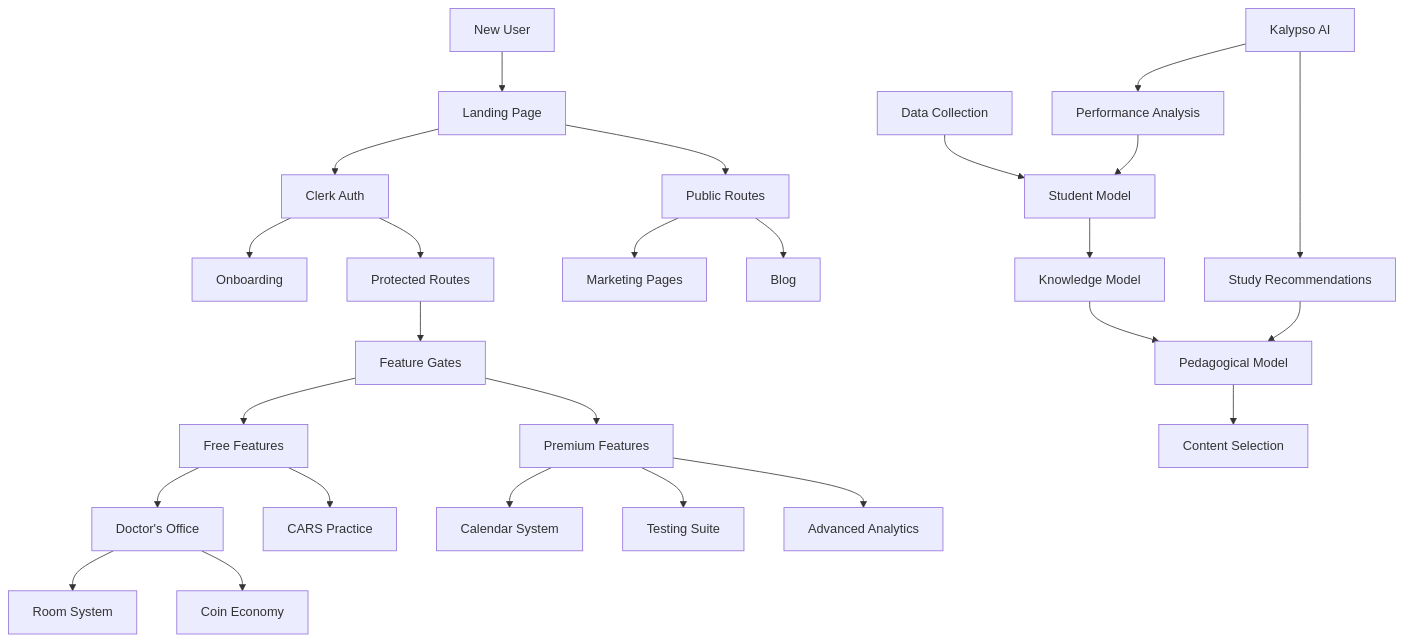
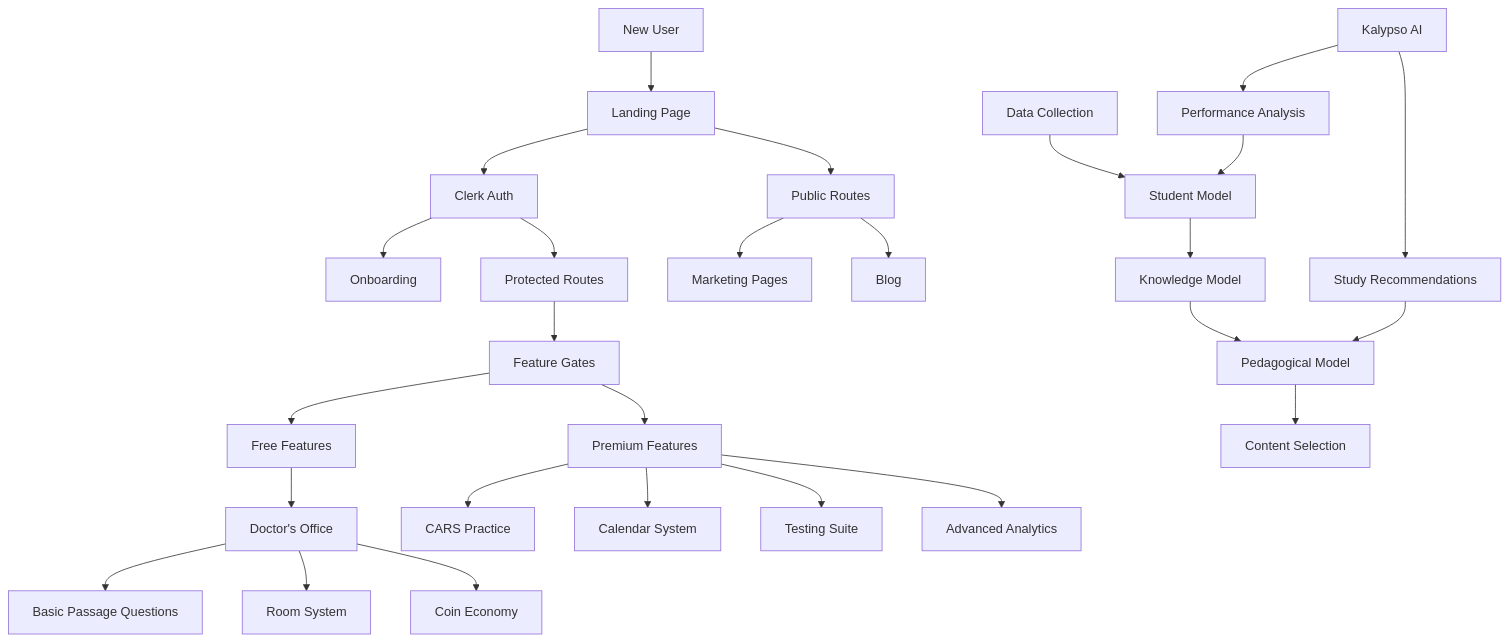
The diagram in README_Docs/architecture/architecture.md (MyMCATAI/my-mcat), drawn with Mermaid before and after one commit. The commit also changed 3 other files, not shown here.

````diff
--- a/README_Docs/architecture/architecture.md
+++ b/README_Docs/architecture/architecture.md
@@ -3,36 +3,37 @@
 ```mermaid
 graph TD
     Start[New User] --> Landing[Landing Page]
     Landing --> Auth[Clerk Auth]
     Auth --> Onboard[Onboarding]
     
     Landing --> PublicRoutes[Public Routes]
     PublicRoutes --> Marketing[Marketing Pages]
     PublicRoutes --> Blog[Blog]
     
     Auth --> ProtectedRoutes[Protected Routes]
     ProtectedRoutes --> FeatureGates[Feature Gates]
     
     FeatureGates --> Free[Free Features]
     FeatureGates --> Premium[Premium Features]
     
     Free --> Game[Doctor's Office]
-    Free --> CARS[CARS Practice]
+    Game --> PassageQuestions[Basic Passage Questions]
     
+    Premium --> CARS[CARS Practice]
     Premium --> Calendar[Calendar System]
     Premium --> Testing[Testing Suite]
     Premium --> Analytics[Advanced Analytics]
     
     Game --> RoomSystem[Room System]
     Game --> CoinEconomy[Coin Economy]
     
     DataCollection[Data Collection] --> StudentModel[Student Model]
     StudentModel --> KnowledgeModel[Knowledge Model]
     KnowledgeModel --> PedagogicalModel[Pedagogical Model]
     PedagogicalModel --> ContentSelection[Content Selection]
     
     KalypsoAI[Kalypso AI] --> Analysis[Performance Analysis]
     KalypsoAI --> Recommendations[Study Recommendations]
     Analysis --> StudentModel
     Recommendations --> PedagogicalModel
 ```
````
